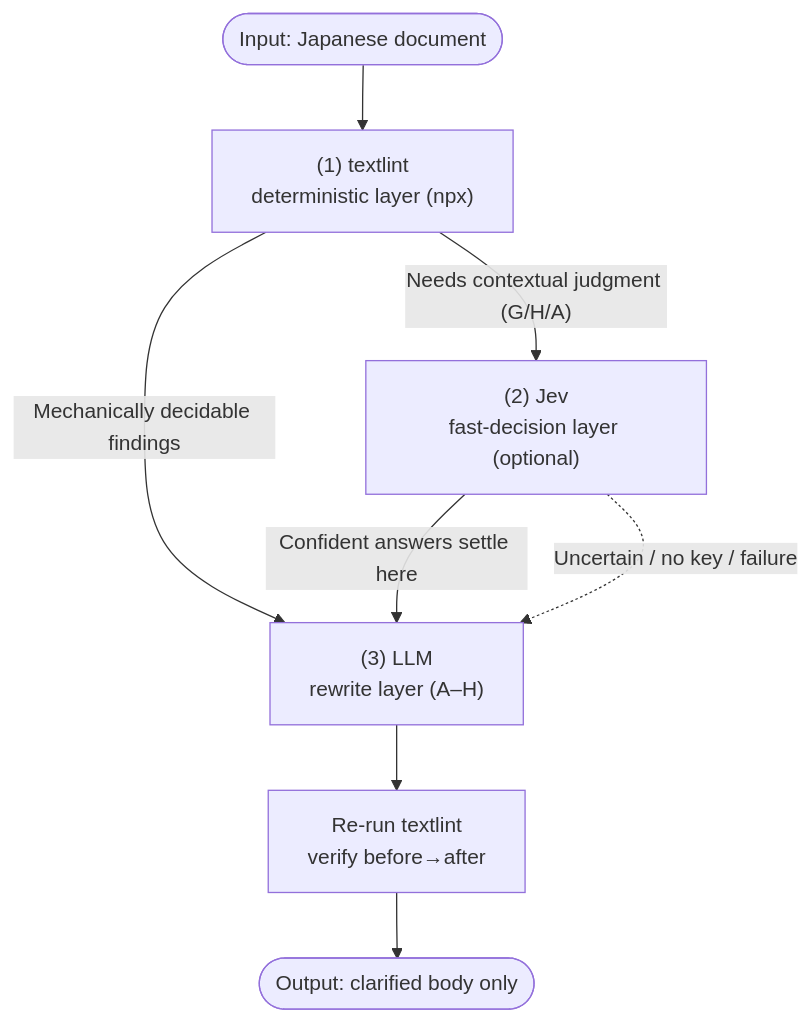
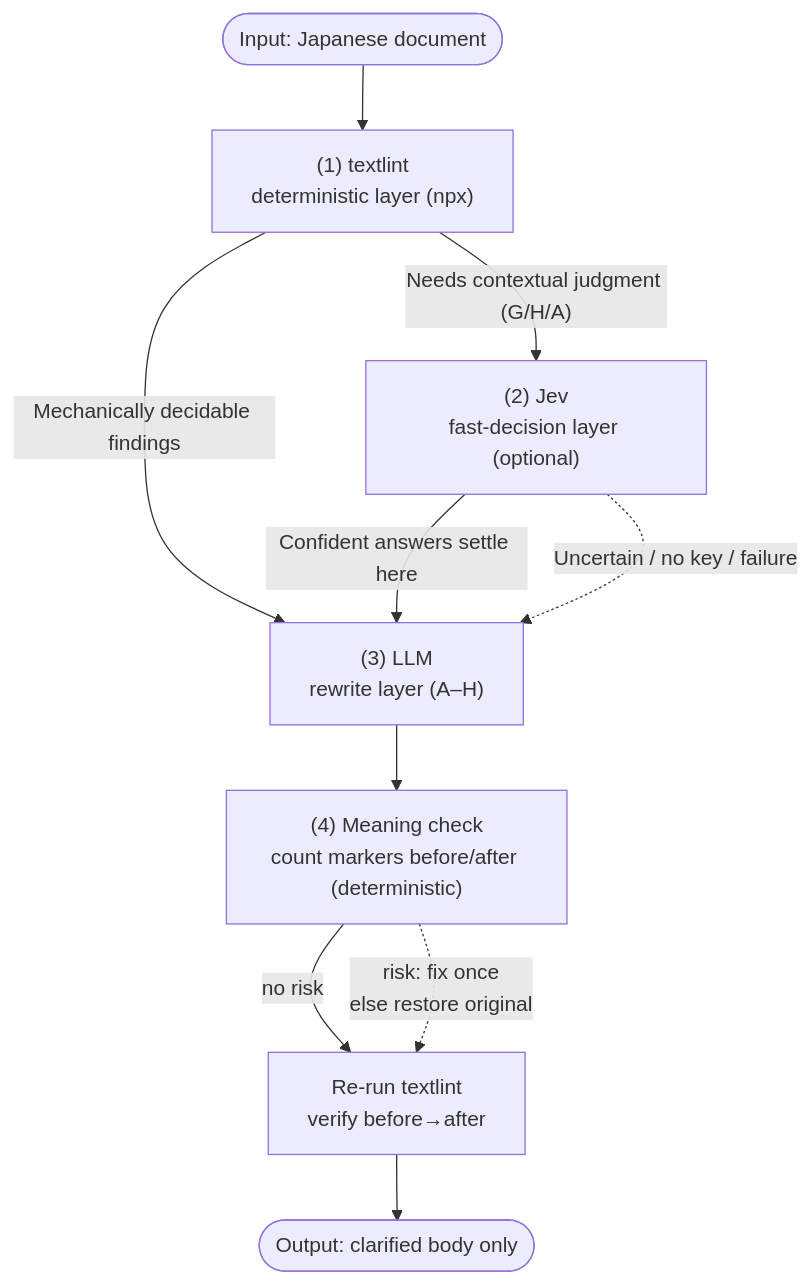
One commit to bamboo-nova/meiseki changed the diagram in README.en.md. Above: the diagram before and after it, drawn with Mermaid. The commit also changed other lines of this file and 35 other files, not shown here.

Commit message:
feat(v0.11.0): :hammer: Add deterministic meaning check, .meiseki.json example, and ZDR update

````diff
--- a/README.en.md
+++ b/README.en.md
@@ -135,13 +135,15 @@
 ```mermaid
 flowchart TD
     IN([Input: Japanese document]) --> T
     T["(1) textlint<br/>deterministic layer (npx)"]
     T -->|Mechanically decidable findings| LLM
     T -->|"Needs contextual judgment (G/H/A)"| JEV
     JEV["(2) Jev<br/>fast-decision layer (optional)"]
     JEV -->|Confident answers settle here| LLM
     JEV -.->|Uncertain / no key / failure| LLM
     LLM["(3) LLM<br/>rewrite layer (A–H)"]
-    LLM --> V["Re-run textlint<br/>verify before→after"]
+    LLM --> MC["(4) Meaning check<br/>count markers before/after (deterministic)"]
+    MC -->|no risk| V["Re-run textlint<br/>verify before→after"]
+    MC -.->|"risk: fix once<br/>else restore original"| V
     V --> OUT([Output: clarified body only])
 ```
````
